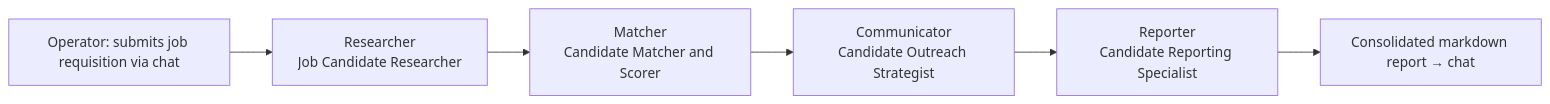
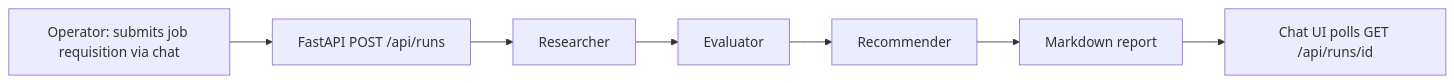
Before and after one commit to TheNickSanchez/recruitment-assistant: the diagram in README.md, drawn with Mermaid. The commit also changed other lines of this file, not shown here.

````diff
--- a/README.md
+++ b/README.md
@@ -63,8 +63,9 @@
 ```mermaid
 flowchart LR
-    U[Operator: submits job requisition via chat] --> R
-    R[Researcher<br/>Job Candidate Researcher] --> M
-    M[Matcher<br/>Candidate Matcher and Scorer] --> C
-    C[Communicator<br/>Candidate Outreach Strategist] --> Rep
-    Rep[Reporter<br/>Candidate Reporting Specialist] --> O[Consolidated markdown report → chat]
+    U[Operator: submits job requisition via chat] --> API
+    API[FastAPI POST /api/runs] --> R
+    R[Researcher] --> E
+    E[Evaluator] --> Rec
+    Rec[Recommender] --> O[Markdown report]
+    O --> UI[Chat UI polls GET /api/runs/id]
 ```
````
